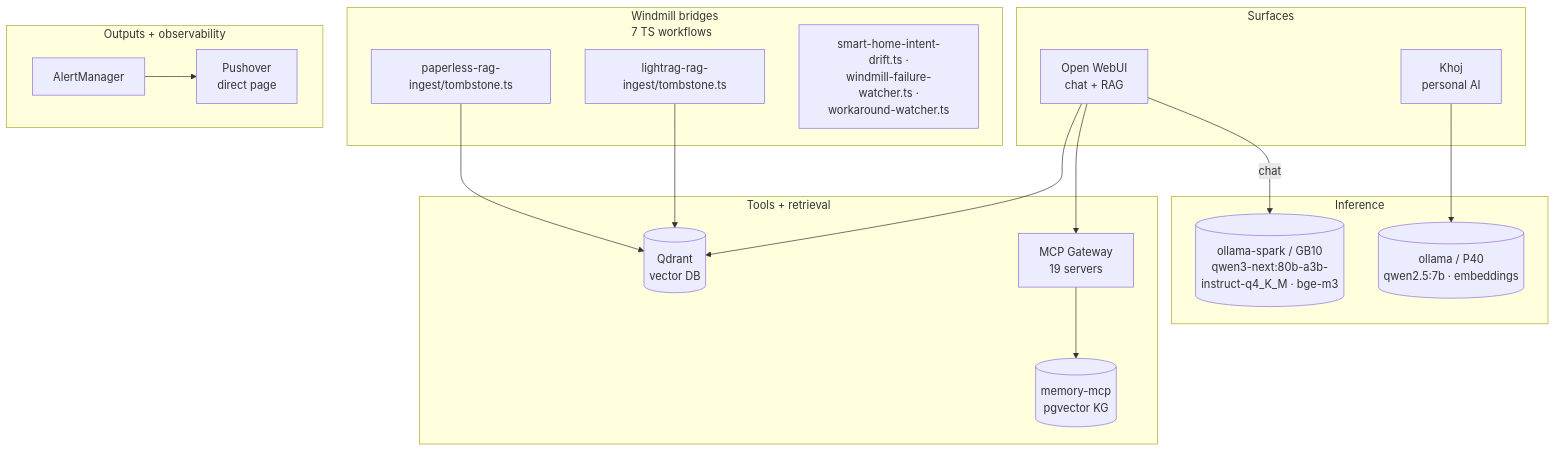
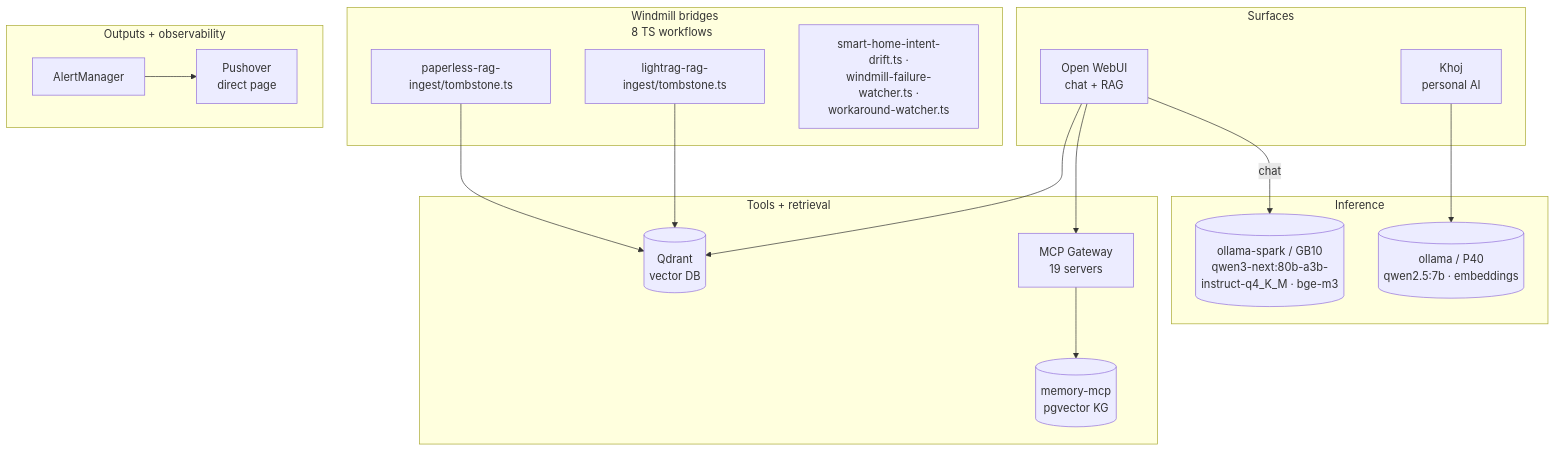
Before and after one commit to rwlove/home-ops: the second of 2 diagrams in README.md, drawn with Mermaid. The commit also changed other lines of this file and 3 other files, not shown here.

````diff
--- a/README.md
+++ b/README.md
@@ -315,37 +315,37 @@
 ```mermaid
 flowchart TB
     subgraph Surfaces[Surfaces]
         OWUI[Open WebUI<br/>chat + RAG]
         Khoj[Khoj<br/>personal AI]
     end
 
-    subgraph Bridges[Windmill bridges<br/>7 TS workflows]
+    subgraph Bridges[Windmill bridges<br/>8 TS workflows]
         WPaperless[paperless-rag-ingest/tombstone.ts]
         WLightrag[lightrag-rag-ingest/tombstone.ts]
         WOther[smart-home-intent-drift.ts ·<br/>windmill-failure-watcher.ts ·<br/>workaround-watcher.ts]
     end
 
     subgraph Inference[Inference]
         OllamaP40[(ollama / P40<br/>qwen2.5:7b · embeddings)]
         OllamaSpark[(ollama-spark / GB10<br/>qwen3-next:80b-a3b-instruct-q4_K_M · bge-m3)]
     end
 
     subgraph Tools[Tools + retrieval]
         Gw[MCP Gateway<br/>19 servers]
         Q[(Qdrant<br/>vector DB)]
         Mem[(memory-mcp<br/>pgvector KG)]
     end
 
     subgraph Outputs[Outputs + observability]
         AM[AlertManager]
         Push[Pushover<br/>direct page]
     end
 
     OWUI -->|chat| OllamaSpark
     OWUI --> Gw --> Mem
     OWUI --> Q
     Khoj --> OllamaP40
     WPaperless --> Q
     WLightrag --> Q
     AM --> Push
 ```
````
